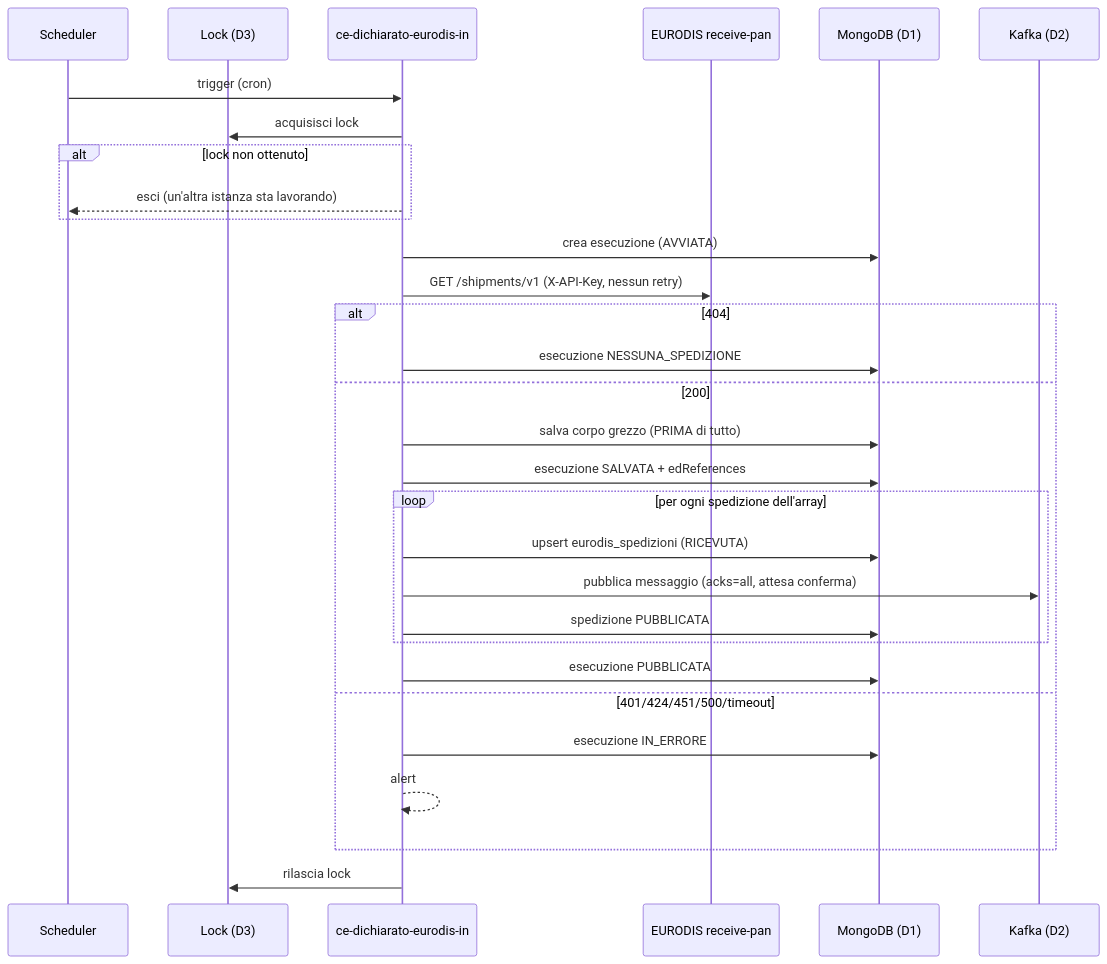
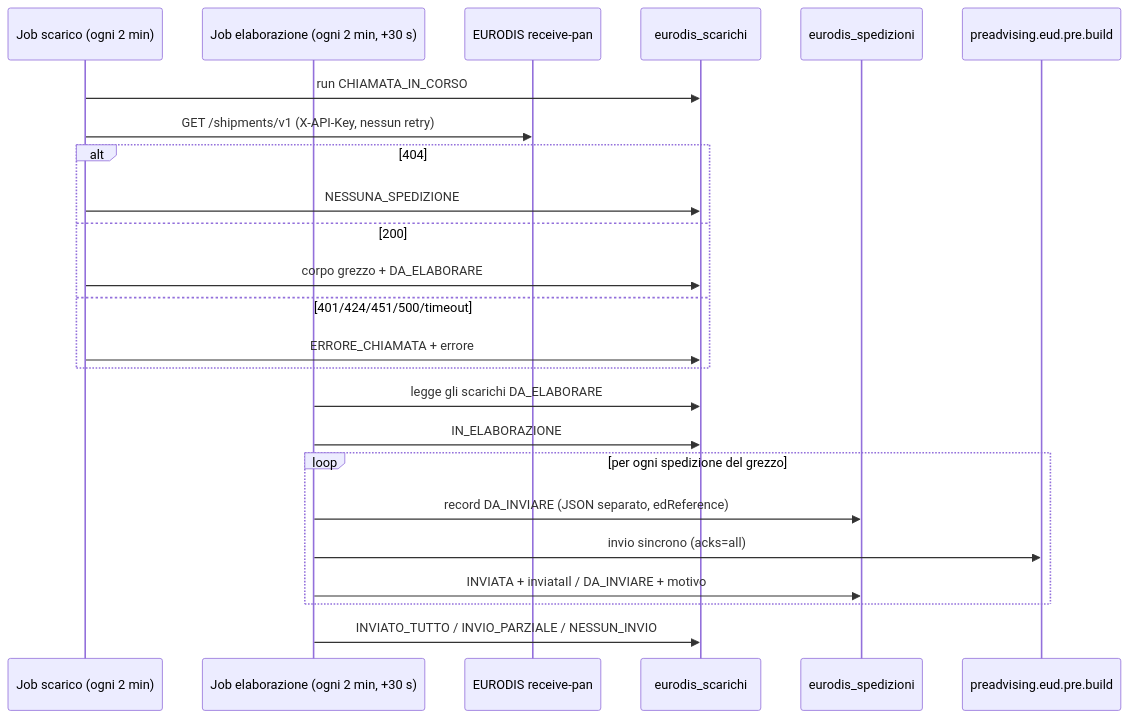
One commit to diegoMereu/sda-bmad changed the second of 3 diagrams in iniziative/136596/sviluppo/ce-dichiarato-eurodis-in.md. Above: the diagram before and after it, drawn with Mermaid. The commit also changed other lines of this file and 4 other files, not shown here.

First line of the commit message:
docs(136596): specifica ce-dichiarato-eurodis-in 0.4 allineata all'implementazione, assessment rifatto, verifica del mapper

````diff
--- a/iniziative/136596/sviluppo/ce-dichiarato-eurodis-in.md
+++ b/iniziative/136596/sviluppo/ce-dichiarato-eurodis-in.md
@@ -202,33 +193,28 @@
 ```mermaid
 sequenceDiagram
-    participant S as Scheduler
-    participant L as Lock (D3)
-    participant IN as ce-dichiarato-eurodis-in
+    participant S1 as Job scarico (ogni 2 min)
+    participant S2 as Job elaborazione (ogni 2 min, +30 s)
     participant E as EURODIS receive-pan
-    participant DB as MongoDB (D1)
-    participant K as Kafka (D2)
+    participant SC as eurodis_scarichi
+    participant SP as eurodis_spedizioni
+    participant K as preadvising.eud.pre.build
 
-    S->>IN: trigger (cron)
-    IN->>L: acquisisci lock
-    alt lock non ottenuto
-        IN-->>S: esci (un'altra istanza sta lavorando)
+    S1->>SC: run CHIAMATA_IN_CORSO
+    S1->>E: GET /shipments/v1 (X-API-Key, nessun retry)
+    alt 404
+        S1->>SC: NESSUNA_SPEDIZIONE
+    else 200
+        S1->>SC: corpo grezzo + DA_ELABORARE
+    else 401/424/451/500/timeout
+        S1->>SC: ERRORE_CHIAMATA + errore
     end
-    IN->>DB: crea esecuzione (AVVIATA)
-    IN->>E: GET /shipments/v1 (X-API-Key, nessun retry)
-    alt 404
-        IN->>DB: esecuzione NESSUNA_SPEDIZIONE
-    else 200
-        IN->>DB: salva corpo grezzo (PRIMA di tutto)
-        IN->>DB: esecuzione SALVATA + edReferences
-        loop per ogni spedizione dell'array
-            IN->>DB: upsert eurodis_spedizioni (RICEVUTA)
-            IN->>K: pubblica messaggio (acks=all, attesa conferma)
-            IN->>DB: spedizione PUBBLICATA
-        end
-        IN->>DB: esecuzione PUBBLICATA
-    else 401/424/451/500/timeout
-        IN->>DB: esecuzione IN_ERRORE
-        IN-->>IN: alert
+
+    S2->>SC: legge gli scarichi DA_ELABORARE
+    S2->>SC: IN_ELABORAZIONE
+    loop per ogni spedizione del grezzo
+        S2->>SP: record DA_INVIARE (JSON separato, edReference)
+        S2->>K: invio sincrono (acks=all)
+        S2->>SP: INVIATA + inviataIl  /  DA_INVIARE + motivo
     end
-    IN->>L: rilascia lock
+    S2->>SC: INVIATO_TUTTO / INVIO_PARZIALE / NESSUN_INVIO
 ```
````
